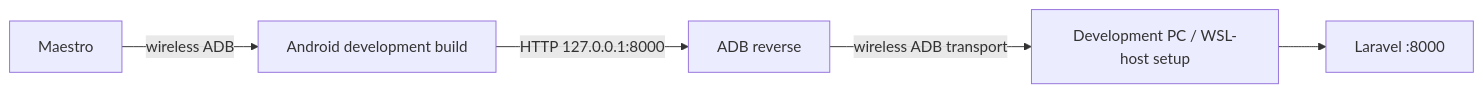
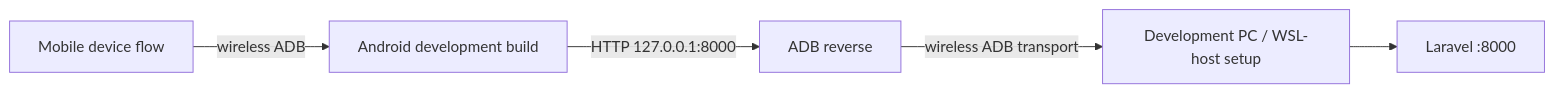
The diagram in docs/CaneGuard_P0A-P0F_Stabilization_Plans/P0B-PHYSICAL-DEVICE-API-CONNECTIVITY.md (niks0501/caneguard-web), drawn with Mermaid before and after one commit. The commit also changed other lines of this file and 23 other files, not shown here.

````diff
--- a/docs/CaneGuard_P0A-P0F_Stabilization_Plans/P0B-PHYSICAL-DEVICE-API-CONNECTIVITY.md
+++ b/docs/CaneGuard_P0A-P0F_Stabilization_Plans/P0B-PHYSICAL-DEVICE-API-CONNECTIVITY.md
@@ -72,7 +75,7 @@
 ```mermaid
 flowchart LR
     M[Android development build] -->|HTTP 127.0.0.1:8000| R[ADB reverse]
     R -->|wireless ADB transport| PC[Development PC / WSL-host setup]
     PC --> API[Laravel :8000]
-    T[Maestro] -->|wireless ADB| M
+    T[Mobile device flow] -->|wireless ADB| M
 ```
````
